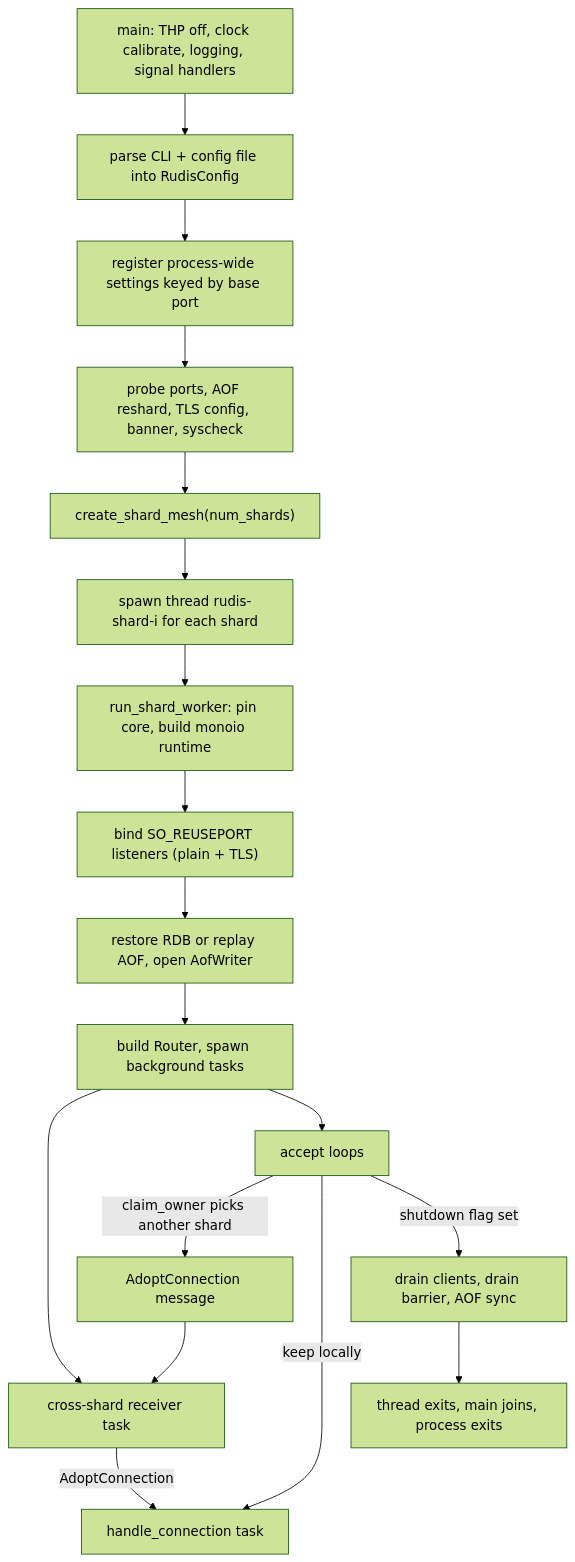
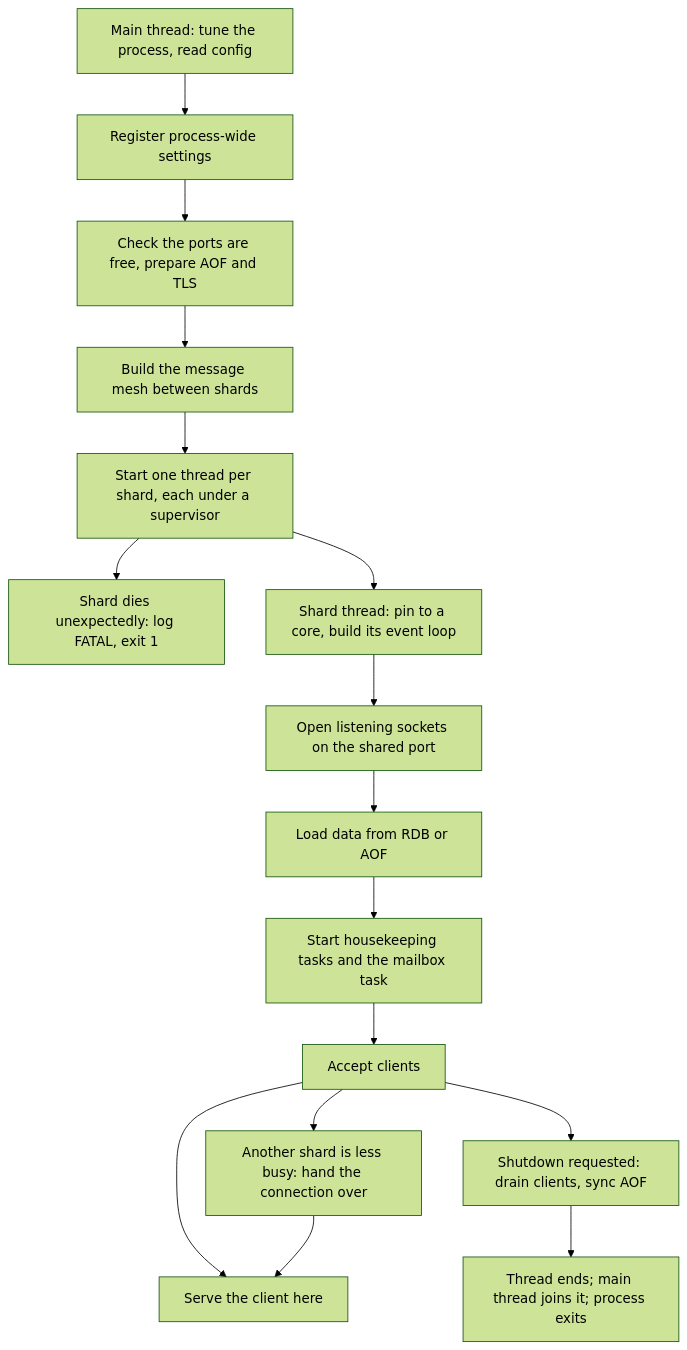
One commit to warrenzhu25/rudis changed the first of 2 diagrams in docs/internal/01_reactor_runtime.md. Above: the diagram before and after it, drawn with Mermaid (forest theme). The commit also changed other lines of this file and 18 other files, not shown here.

````diff
--- a/docs/internal/01_reactor_runtime.md
+++ b/docs/internal/01_reactor_runtime.md
@@ -58,20 +51,18 @@
 ```mermaid
 flowchart TD
-    A["main: THP off, clock calibrate, logging, signal handlers"] --> B["parse CLI + config file into RudisConfig"]
-    B --> C["register process-wide settings keyed by base port"]
-    C --> D["probe ports, AOF reshard, TLS config, banner, syscheck"]
-    D --> E["create_shard_mesh(num_shards)"]
-    E --> F["spawn thread rudis-shard-i for each shard"]
-    F --> G["run_shard_worker: pin core, build monoio runtime"]
-    G --> H["bind SO_REUSEPORT listeners (plain + TLS)"]
-    H --> I["restore RDB or replay AOF, open AofWriter"]
-    I --> J["build Router, spawn background tasks"]
-    J --> K["cross-shard receiver task"]
-    J --> L["accept loops"]
-    L -->|"claim_owner picks another shard"| M["AdoptConnection message"]
-    M --> K
-    L -->|"keep locally"| N["handle_connection task"]
-    K -->|"AdoptConnection"| N
-    L -->|"shutdown flag set"| O["drain clients, drain barrier, AOF sync"]
-    O --> P["thread exits, main joins, process exits"]
+    A["Main thread: tune the process, read config"] --> B["Register process-wide settings"]
+    B --> C["Check the ports are free, prepare AOF and TLS"]
+    C --> D["Build the message mesh between shards"]
+    D --> E["Start one thread per shard, each under a supervisor"]
+    E --> X["Shard dies unexpectedly: log FATAL, exit 1"]
+    E --> G["Shard thread: pin to a core, build its event loop"]
+    G --> H["Open listening sockets on the shared port"]
+    H --> I["Load data from RDB or AOF"]
+    I --> J["Start housekeeping tasks and the mailbox task"]
+    J --> L["Accept clients"]
+    L --> M["Another shard is less busy: hand the connection over"]
+    L --> N["Serve the client here"]
+    M --> N
+    L --> O["Shutdown requested: drain clients, sync AOF"]
+    O --> P["Thread ends; main thread joins it; process exits"]
 ```
````
